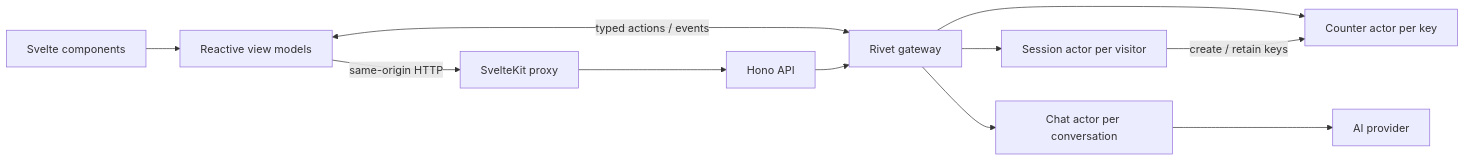
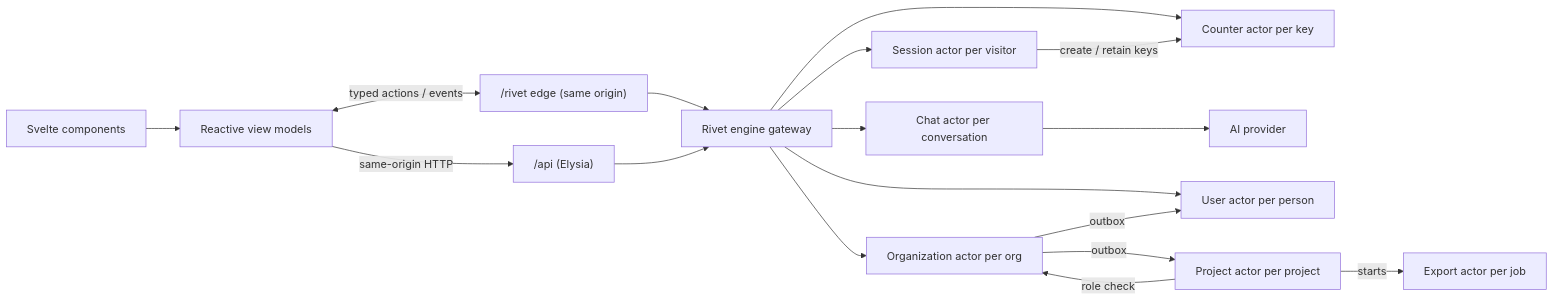
One commit to brittianwarner/rivet-svelte-ai changed the diagram in docs/architecture.md. Above: the diagram before and after it, drawn with Mermaid. The commit also changed other lines of this file and 228 other files, not shown here.

````diff
--- a/docs/architecture.md
+++ b/docs/architecture.md
@@ -3,13 +3,19 @@
 ```mermaid
 flowchart LR
   Page[Svelte components] --> VM[Reactive view models]
-  VM <-->|typed actions / events| Gateway[Rivet gateway]
-  VM -->|same-origin HTTP| Kit[SvelteKit proxy]
-  Kit --> API[Hono API]
+  VM <-->|typed actions / events| Edge["/rivet edge (same origin)"]
+  VM -->|same-origin HTTP| API["/api (Elysia)"]
+  Edge --> Gateway[Rivet engine gateway]
   API --> Gateway
   Gateway --> Counter[Counter actor per key]
   Gateway --> Session[Session actor per visitor]
   Session -->|create / retain keys| Counter
   Gateway --> Chat[Chat actor per conversation]
   Chat --> Model[AI provider]
+  Gateway --> User[User actor per person]
+  Gateway --> Org[Organization actor per org]
+  Org -->|outbox| User
+  Org -->|outbox| Project[Project actor per project]
+  Project -->|role check| Org
+  Project -->|starts| Export[Export actor per job]
 ```
````
